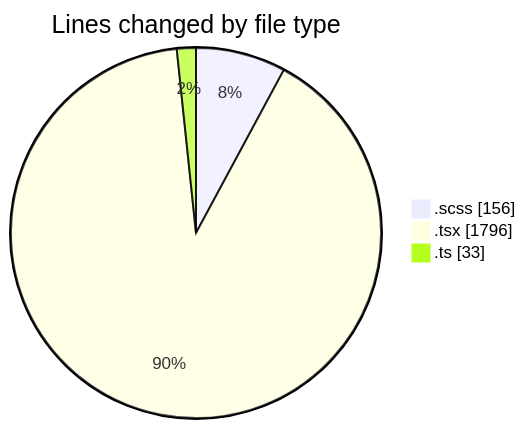
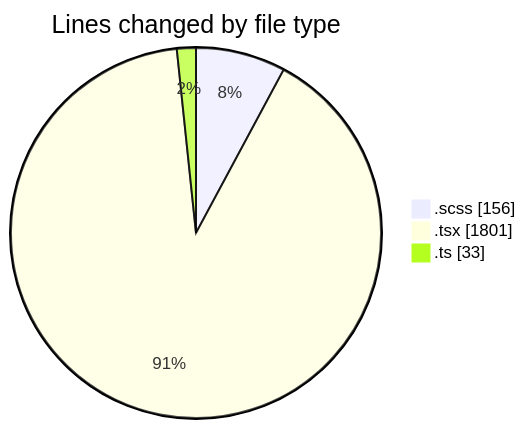
One commit to momahboobian/code-tracking changed the first of 2 diagrams in 2025-02-10/cda/README.md. Above: the diagram before and after it, drawn with Mermaid. The commit also changed other lines of this file and 1 other file, not shown here.

````diff
--- a/2025-02-10/cda/README.md
+++ b/2025-02-10/cda/README.md
@@ -25,7 +25,7 @@
 ```mermaid
 pie showData
 title Lines changed by file type
 ".scss" : 156
-".tsx" : 1796
+".tsx" : 1801
 ".ts" : 33
 ```
````
